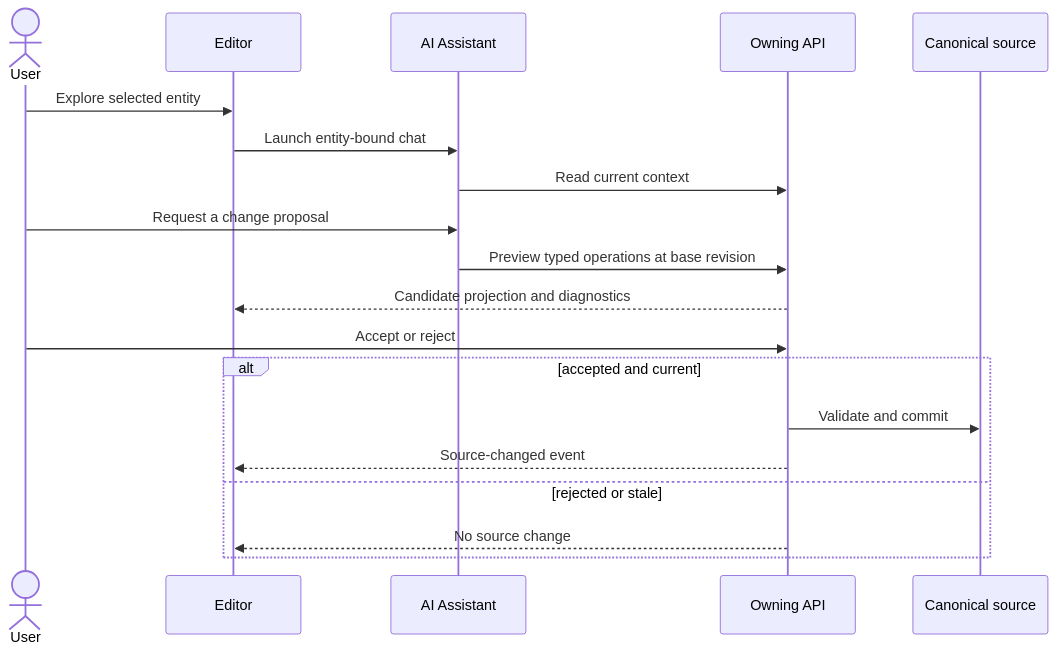
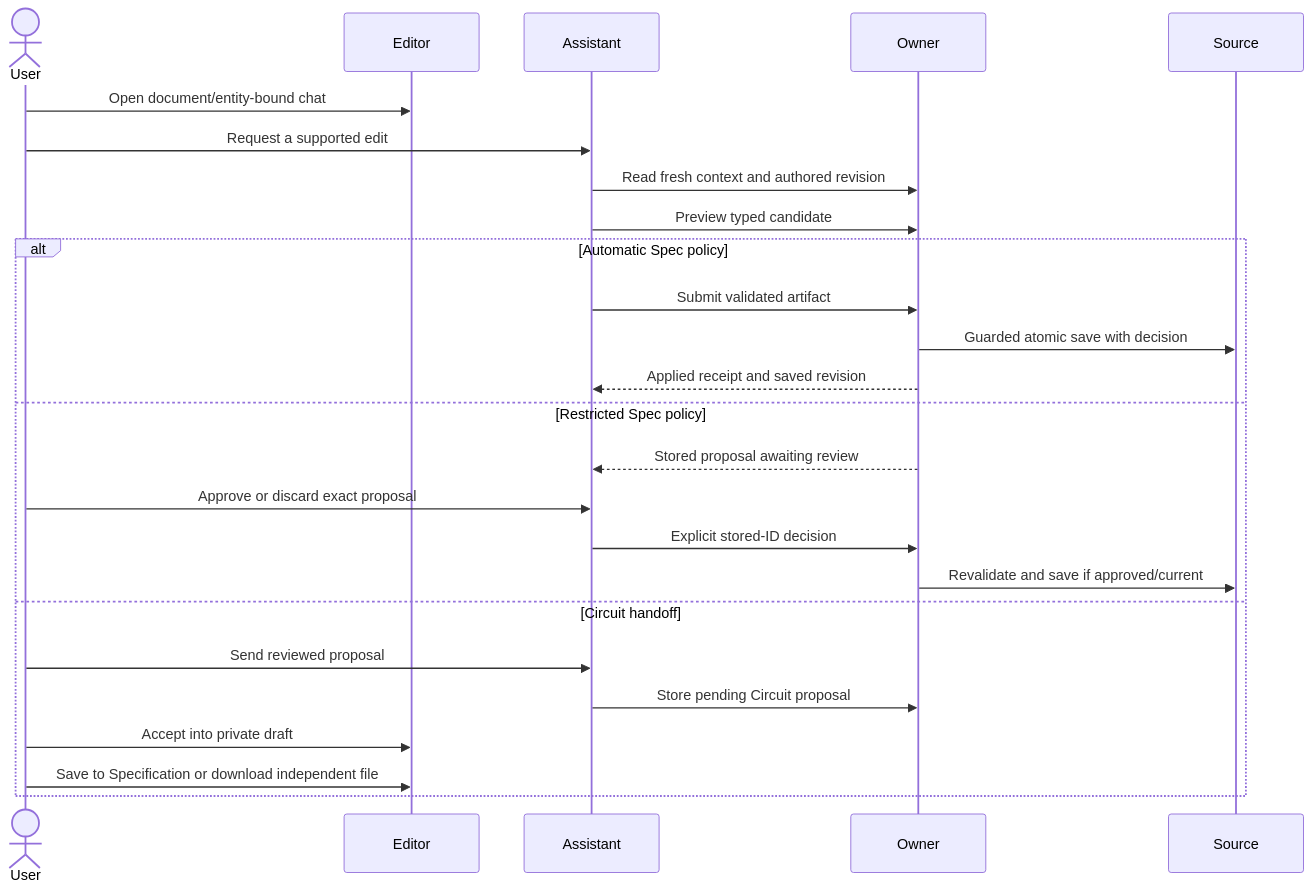
The fourth of 5 diagrams in docs/flows.md (ankdesh/spec2gds), drawn with Mermaid before and after one commit. The commit also changed other lines of this file and 187 other files, not shown here.

````diff
--- a/docs/flows.md
+++ b/docs/flows.md
@@ -134,22 +134,27 @@
 ```mermaid
 sequenceDiagram
     actor User
     participant Editor
-    participant Assistant as AI Assistant
-    participant API as Owning API
-    participant Source as Canonical source
-
-    User->>Editor: Explore selected entity
-    Editor->>Assistant: Launch entity-bound chat
-    Assistant->>API: Read current context
-    User->>Assistant: Request a change proposal
-    Assistant->>API: Preview typed operations at base revision
-    API-->>Editor: Candidate projection and diagnostics
-    User->>API: Accept or reject
-    alt accepted and current
-        API->>Source: Validate and commit
-        API-->>Editor: Source-changed event
-    else rejected or stale
-        API-->>Editor: No source change
+    participant Assistant
+    participant Owner
+    participant Source
+    User->>Editor: Open document/entity-bound chat
+    User->>Assistant: Request a supported edit
+    Assistant->>Owner: Read fresh context and authored revision
+    Assistant->>Owner: Preview typed candidate
+    alt Automatic Spec policy
+      Assistant->>Owner: Submit validated artifact
+      Owner->>Source: Guarded atomic save with decision
+      Owner-->>Assistant: Applied receipt and saved revision
+    else Restricted Spec policy
+      Owner-->>Assistant: Stored proposal awaiting review
+      User->>Assistant: Approve or discard exact proposal
+      Assistant->>Owner: Explicit stored-ID decision
+      Owner->>Source: Revalidate and save if approved/current
+    else Circuit handoff
+      User->>Assistant: Send reviewed proposal
+      Assistant->>Owner: Store pending Circuit proposal
+      User->>Editor: Accept into private draft
+      User->>Editor: Save to Specification or download independent file
     end
 ```
````
